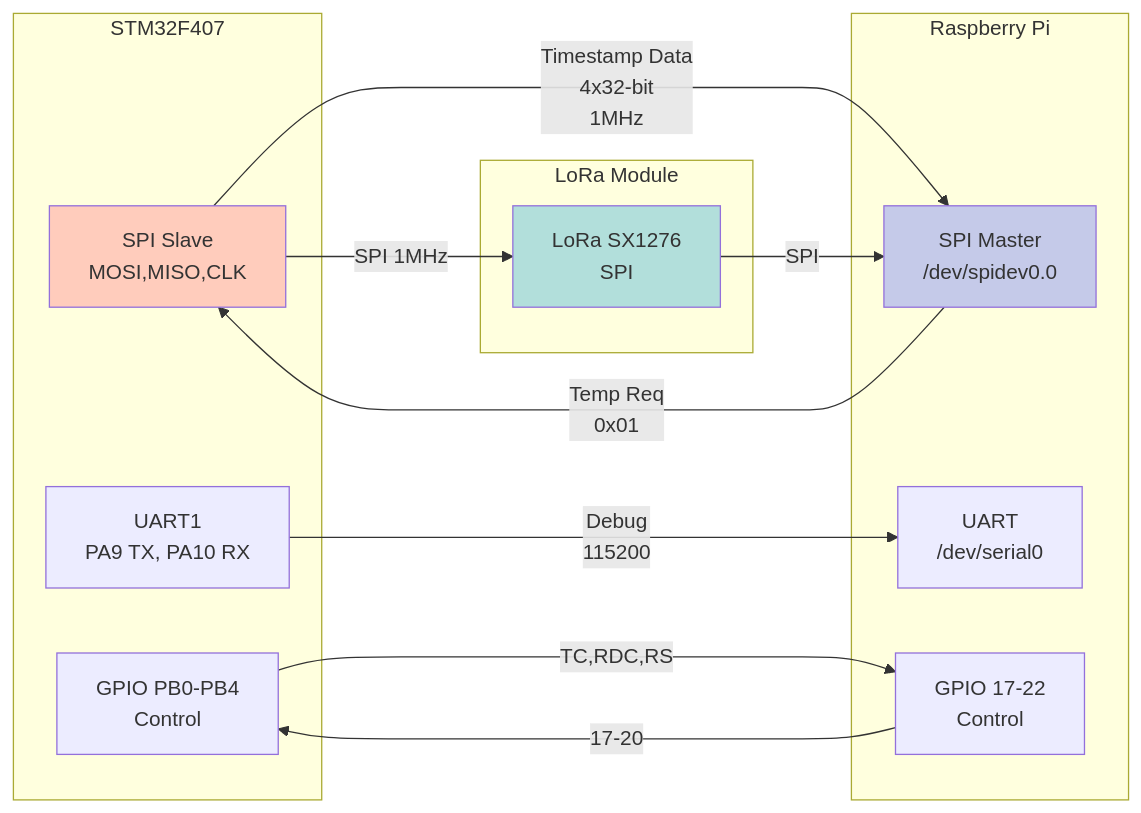
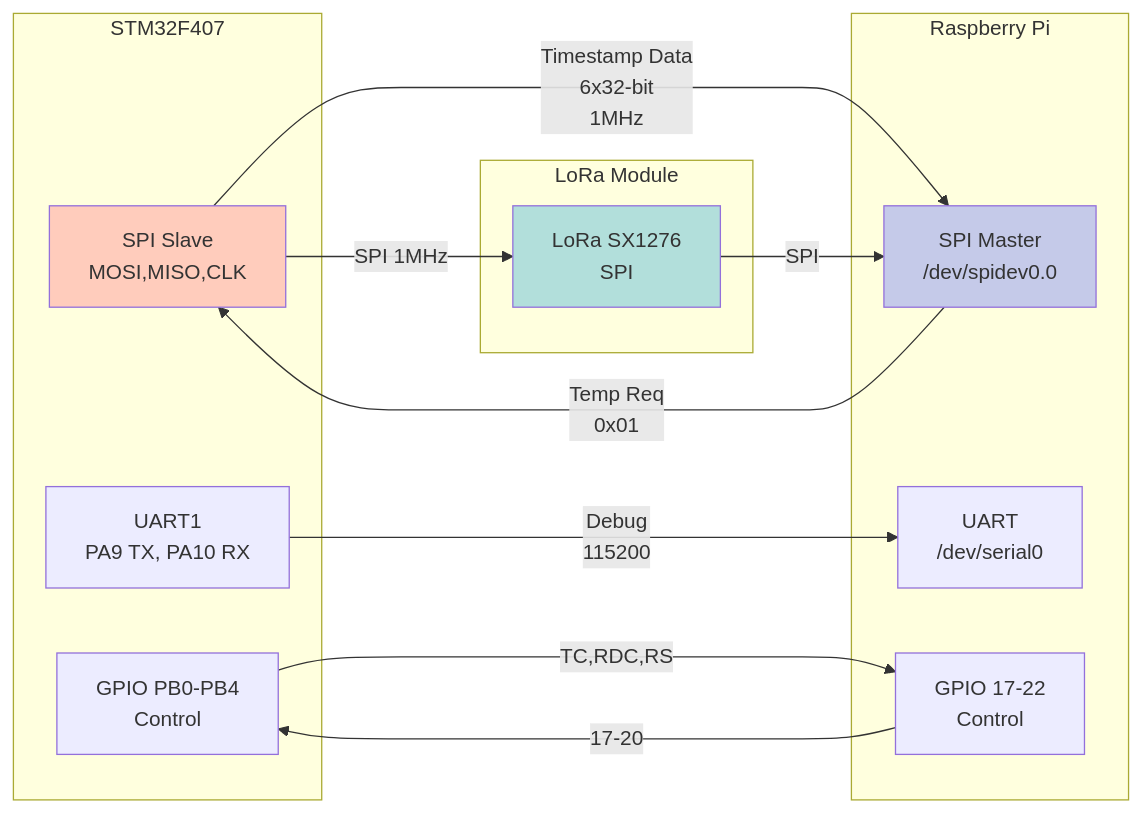
One commit to Dunghero1412/HTTDTD_v3.1 changed the seventh of 14 diagrams in docs/MERMAID.md. Above: the diagram before and after it, drawn with Mermaid. The commit also changed other lines of this file, not shown here.

Commit message:
Update MERMAID.md: 6 sensors (A-F) and 84MHz timer

````diff
--- a/docs/MERMAID.md
+++ b/docs/MERMAID.md
@@ -303,33 +303,33 @@
 ```mermaid
 graph LR
     subgraph "STM32F407"
         STM_SPI["SPI Slave<br/>MOSI,MISO,CLK"]
         STM_UART["UART1<br/>PA9 TX, PA10 RX"]
         STM_GPIO["GPIO PB0-PB4<br/>Control"]
     end
 
     subgraph "Raspberry Pi"
         RPI_SPI["SPI Master<br/>/dev/spidev0.0"]
         RPI_UART["UART<br/>/dev/serial0"]
         RPI_GPIO["GPIO 17-22<br/>Control"]
     end
 
     subgraph "LoRa Module"
         LORA["LoRa SX1276<br/>SPI"]
     end
 
-    STM_SPI -->|"Timestamp Data<br/>4x32-bit<br/>1MHz"| RPI_SPI
+    STM_SPI -->|"Timestamp Data<br/>6x32-bit<br/>1MHz"| RPI_SPI
     RPI_SPI -->|"Temp Req<br/>0x01"| STM_SPI
     
     STM_UART -->|"Debug<br/>115200"| RPI_UART
     
     STM_GPIO -->|"TC,RDC,RS"| RPI_GPIO
     RPI_GPIO -->|"17-20"| STM_GPIO
     
     STM_SPI -->|"SPI 1MHz"| LORA
     LORA -->|"SPI"| RPI_SPI
     
     style STM_SPI fill:#ffccbc
     style RPI_SPI fill:#c5cae9
     style LORA fill:#b2dfdb
 ```
````
